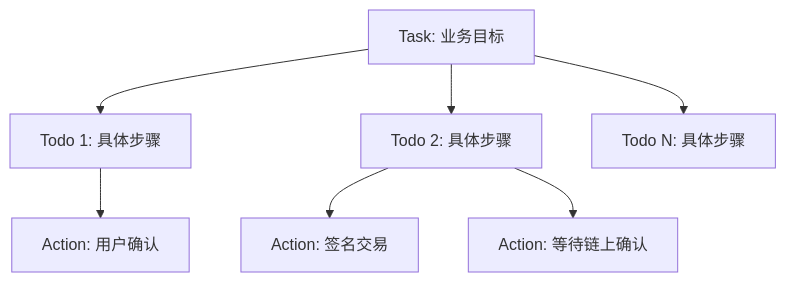
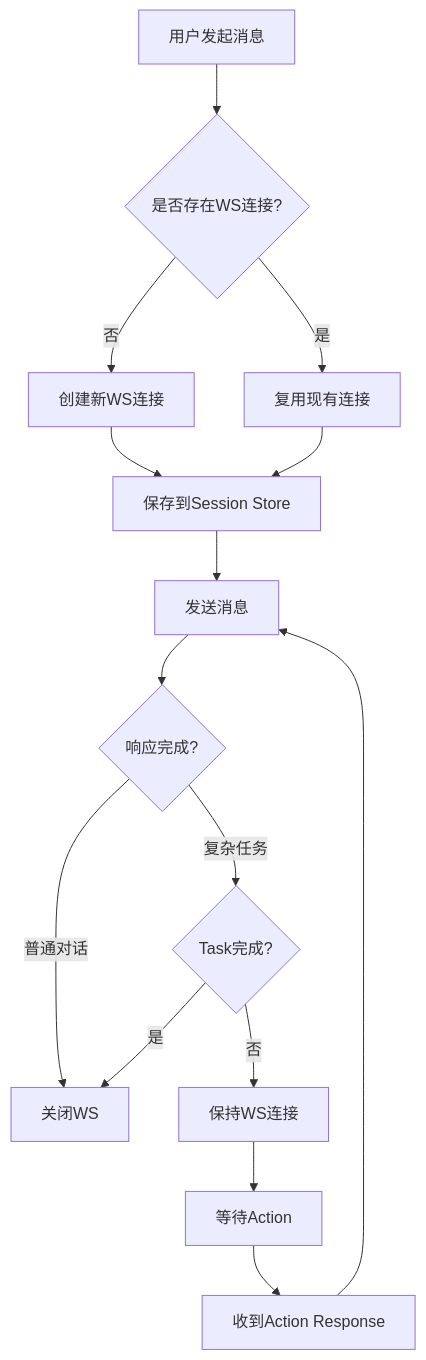
One commit to yingjianzh/iodraw-files changed the diagram in all/未命名-10.md. Above: the diagram before and after it, drawn with Mermaid.

Commit message:
2025-12-18 15:17:44 update

````diff
--- a/all/未命名-10.md
+++ b/all/未命名-10.md
@@ -1,10 +1,22 @@
 ```mermaid
-graph TB
-    A[Task: 业务目标] --> B[Todo 1: 具体步骤]
-    A --> C[Todo 2: 具体步骤]
-    A --> D[Todo N: 具体步骤]
+graph TD
+    A[用户发起消息] --> B{是否存在WS连接?}
+    B -->|否| C[创建新WS连接]
+    B -->|是| D[复用现有连接]
     
-    B --> B1[Action: 用户确认]
-    C --> C1[Action: 签名交易]
-    C --> C2[Action: 等待链上确认]
+    C --> E[保存到Session Store]
+    D --> E
+    
+    E --> F[发送消息]
+    F --> G{响应完成?}
+    
+    G -->|普通对话| H[关闭WS]
+    G -->|复杂任务| I{Task完成?}
+    
+    I -->|否| J[保持WS连接]
+    J --> K[等待Action]
+    K --> L[收到Action Response]
+    L --> F
+    
+    I -->|是| H
 ```
````
